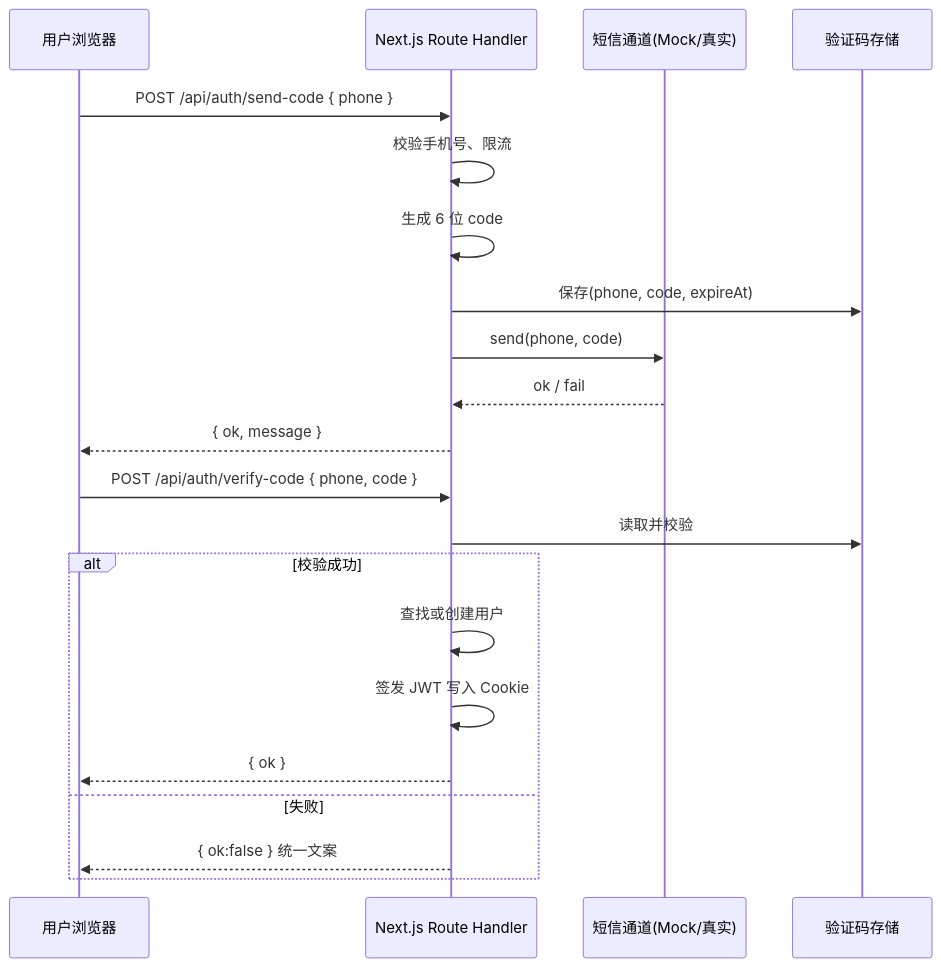
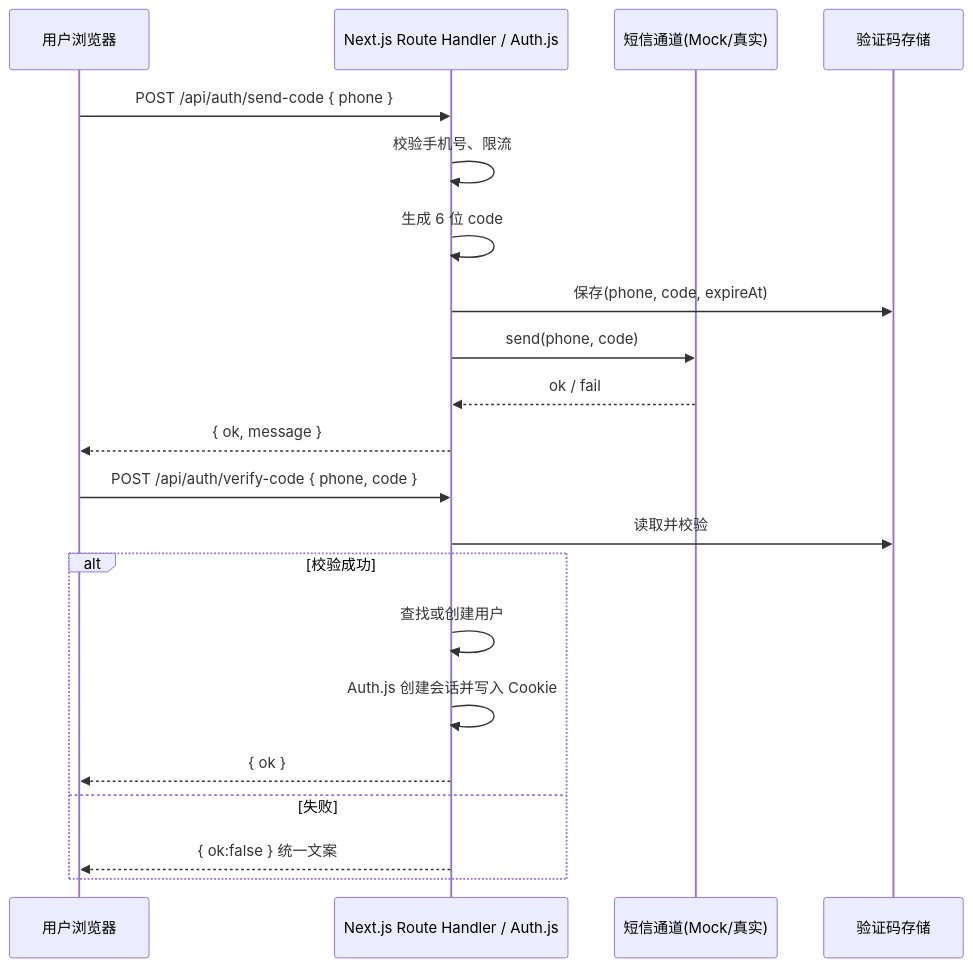
Before and after one commit to songrunyu060-cpu/book-app: the diagram in docs/手机号验证码登录-学习与实现流程.md, drawn with Mermaid. The commit also changed other lines of this file and 15 other files, not shown here.

````diff
--- a/docs/手机号验证码登录-学习与实现流程.md
+++ b/docs/手机号验证码登录-学习与实现流程.md
@@ -75,25 +76,25 @@
 ```mermaid
 sequenceDiagram
   participant U as 用户浏览器
-  participant API as Next.js Route Handler
+  participant API as Next.js Route Handler / Auth.js
   participant SMS as 短信通道(Mock/真实)
   participant Store as 验证码存储
 
   U->>API: POST /api/auth/send-code { phone }
   API->>API: 校验手机号、限流
   API->>API: 生成 6 位 code
   API->>Store: 保存(phone, code, expireAt)
   API->>SMS: send(phone, code)
   SMS-->>API: ok / fail
   API-->>U: { ok, message }
 
   U->>API: POST /api/auth/verify-code { phone, code }
   API->>Store: 读取并校验
   alt 校验成功
     API->>API: 查找或创建用户
-    API->>API: 签发 JWT 写入 Cookie
+    API->>API: Auth.js 创建会话并写入 Cookie
     API-->>U: { ok }
   else 失败
     API-->>U: { ok:false } 统一文案
   end
 ```
````
